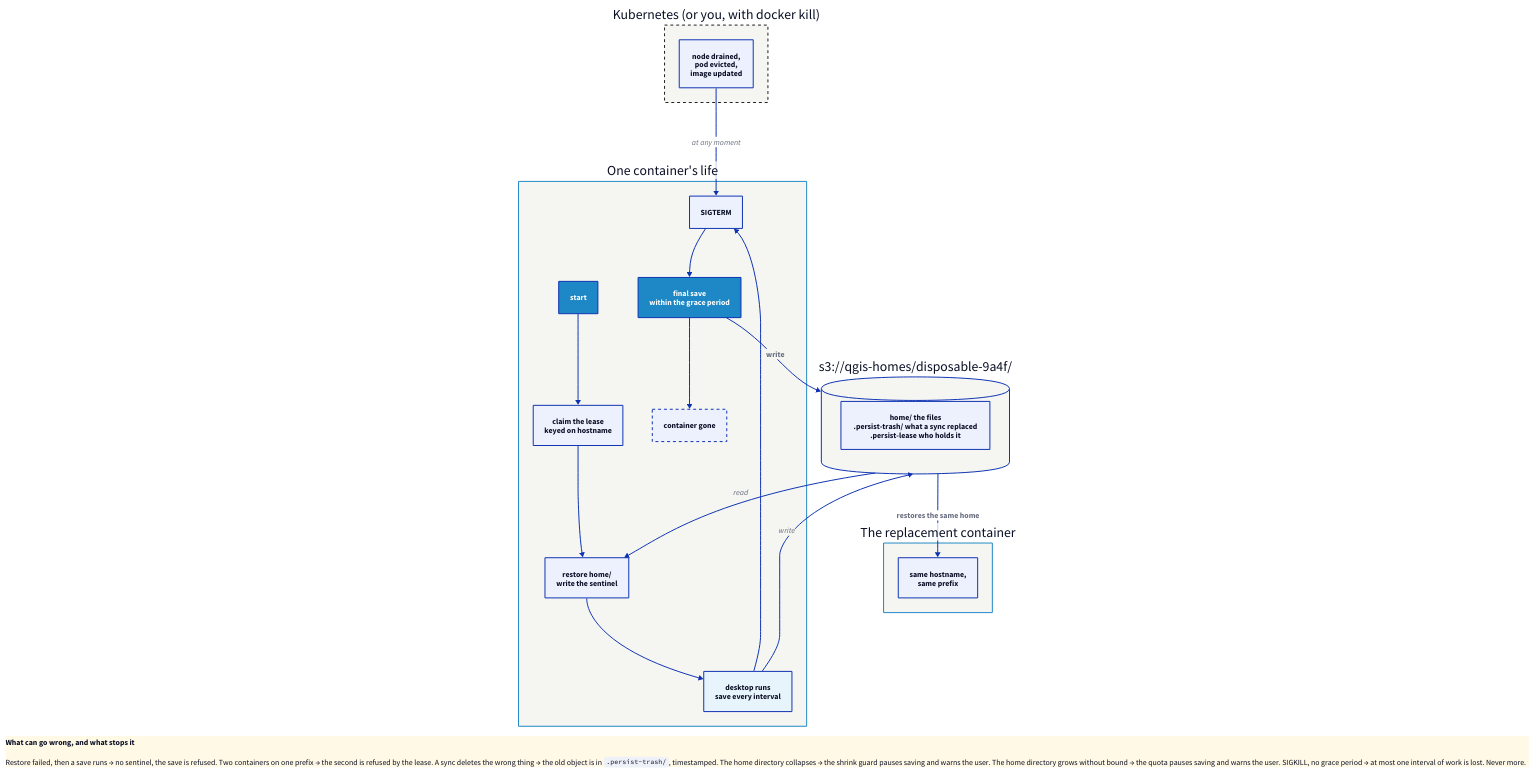
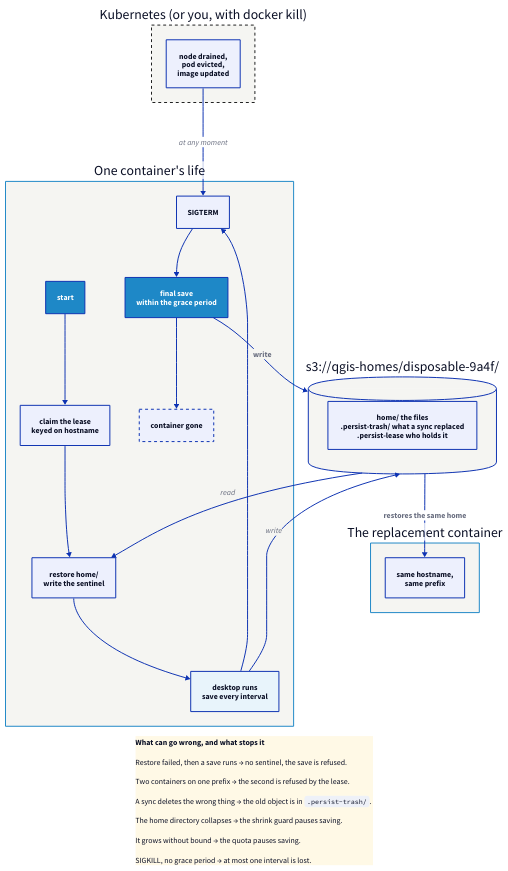
One commit to kartoza/qgis-desktop-docker changed the diagram in docs/scenarios/diagrams/disposable-pod.d2. Above: the diagram before and after it, drawn with D2. The commit also changed 34 other files, not shown here.

```diff
--- a/docs/scenarios/diagrams/disposable-pod.d2
+++ b/docs/scenarios/diagrams/disposable-pod.d2
@@ -1,60 +1,71 @@
 # What survives when the container does not.
 # Rendered by scripts/render-diagrams.sh — edit the .d2, not the .svg.
 
 direction: down
 
 k8s: "Kubernetes (or you, with docker kill)" {
   style.fill: "#F5F5F2"
   style.stroke: "#1C1D1D"
   style.stroke-dash: 3
 
   evict: "node drained,\npod evicted,\nimage updated"
 }
 
 life: "One container's life" {
   style.fill: "#F5F5F2"
   style.stroke: "#1E88C7"
-  direction: right
+  direction: down
 
   start: "start" { style.fill: "#1E88C7"; style.font-color: "#FFFFFF" }
   lease: "claim the lease\nkeyed on hostname"
   restore: "restore home/\nwrite the sentinel"
   run: "desktop runs\nsave every interval" { style.fill: "#E8F4FB" }
   term: "SIGTERM"
   final: "final save\nwithin the grace period" { style.fill: "#1E88C7"; style.font-color: "#FFFFFF" }
   gone: "container gone" { style.stroke-dash: 3 }
 
   start -> lease -> restore -> run -> term -> final -> gone
 }
 
 bucket: "s3://qgis-homes/disposable-9a4f/" {
   shape: cylinder
   style.fill: "#F5F5F2"
   contents: "home/             the files\n.persist-trash/   what a sync replaced\n.persist-lease    who holds it"
 }
 
 k8s.evict -> life.term: "at any moment"
 life.restore <- bucket: "read"
 life.run -> bucket: "write"
 life.final -> bucket: "write" { style.bold: true }
 
 next: "The replacement container" {
   style.fill: "#F5F5F2"
   style.stroke: "#1E88C7"
   same: "same hostname,\nsame prefix"
 }
 bucket -> next.same: "restores the same home" { style.bold: true }
 
 guards: |md
   **What can go wrong, and what stops it**
 
-  Restore failed, then a save runs → no sentinel, the save is refused.
-  Two containers on one prefix → the second is refused by the lease.
-  A sync deletes the wrong thing → the old object is in `.persist-trash/`, timestamped.
-  The home directory collapses → the shrink guard pauses saving and warns the user.
-  The home directory grows without bound → the quota pauses saving and warns the user.
-  SIGKILL, no grace period → at most one interval of work is lost. Never more.
+  Restore failed, then a save runs →
+  no sentinel, the save is refused.
+
+  Two containers on one prefix →
+  the second is refused by the lease.
+
+  A sync deletes the wrong thing →
+  the old object is in `.persist-trash/`.
+
+  The home directory collapses →
+  the shrink guard pauses saving.
+
+  It grows without bound →
+  the quota pauses saving.
+
+  SIGKILL, no grace period →
+  at most one interval is lost.
 | {
   near: bottom-center
   style.fill: "#FFF9E6"
 }
```
